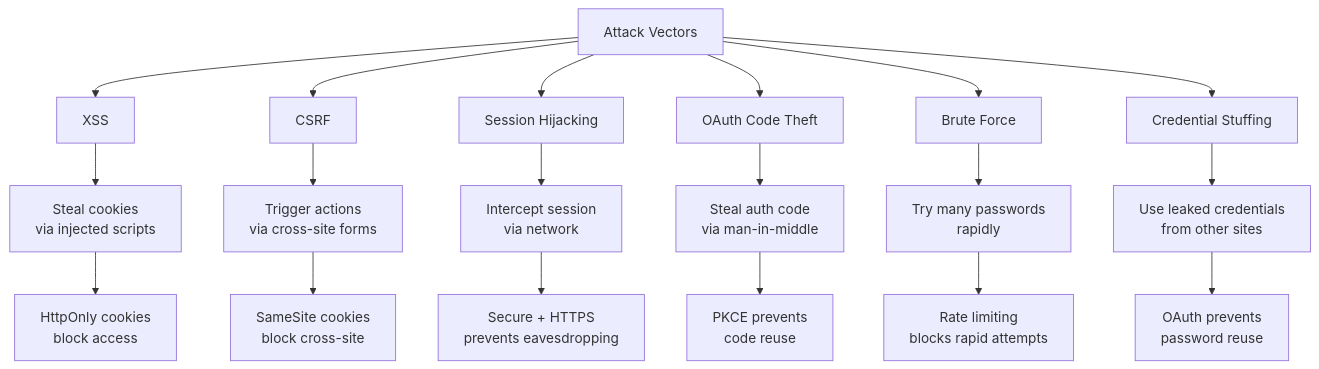
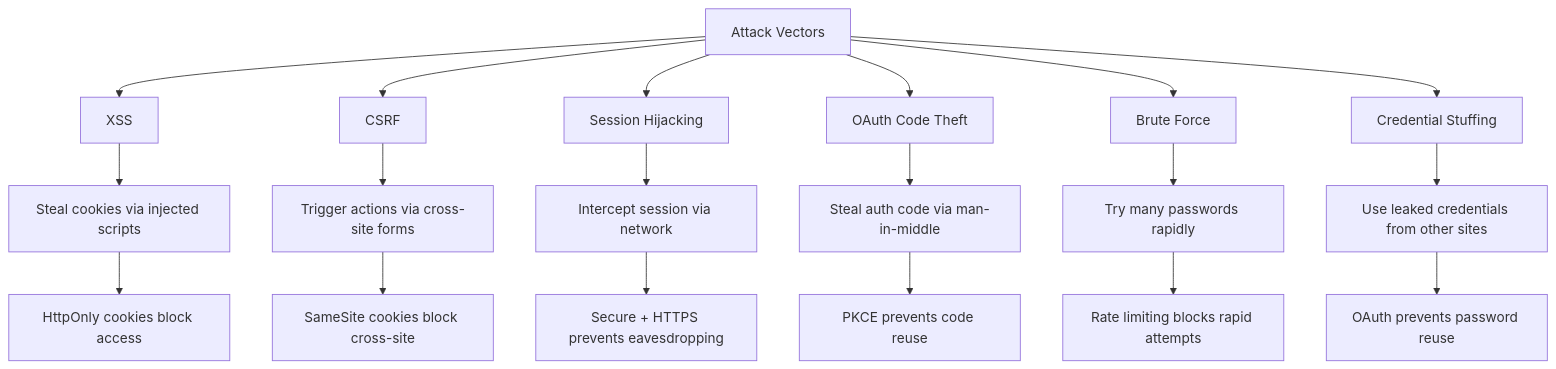
One commit to PKPL-Pusing-Kurang-Paham-Lurr/tk-2 changed diagram 14 of 18 in README.md. Above: the diagram before and after it, drawn with Mermaid. The commit also changed other lines of this file, not shown here.

````diff
--- a/README.md
+++ b/README.md
@@ -736,27 +735,27 @@
 ```mermaid
 flowchart TB
     A[Attack Vectors] --> B[XSS]
     A --> C[CSRF]
     A --> D[Session Hijacking]
     A --> E[OAuth Code Theft]
     A --> F[Brute Force]
     A --> G[Credential Stuffing]
 
-    B --> B1[Steal cookies<br/>via injected scripts]
-    B1 --> B2[HttpOnly cookies<br/>block access]
+    B --> B1[Steal cookies via injected scripts]
+    B1 --> B2[HttpOnly cookies block access]
     
-    C --> C1[Trigger actions<br/>via cross-site forms]
-    C1 --> C2[SameSite cookies<br/>block cross-site]
+    C --> C1[Trigger actions via cross-site forms]
+    C1 --> C2[SameSite cookies block cross-site]
     
-    D --> D1[Intercept session<br/>via network]
-    D1 --> D2[Secure + HTTPS<br/>prevents eavesdropping]
+    D --> D1[Intercept session via network]
+    D1 --> D2[Secure + HTTPS prevents eavesdropping]
     
-    E --> E1[Steal auth code<br/>via man-in-middle]
-    E1 --> E2[PKCE prevents<br/>code reuse]
+    E --> E1[Steal auth code via man-in-middle]
+    E1 --> E2[PKCE prevents code reuse]
     
-    F --> F1[Try many passwords<br/>rapidly]
-    F1 --> F2[Rate limiting<br/>blocks rapid attempts]
+    F --> F1[Try many passwords rapidly]
+    F1 --> F2[Rate limiting blocks rapid attempts]
     
-    G --> G1[Use leaked credentials<br/>from other sites]
-    G1 --> G2[OAuth prevents<br/>password reuse]
+    G --> G1[Use leaked credentials from other sites]
+    G1 --> G2[OAuth prevents password reuse]
 ```
````
